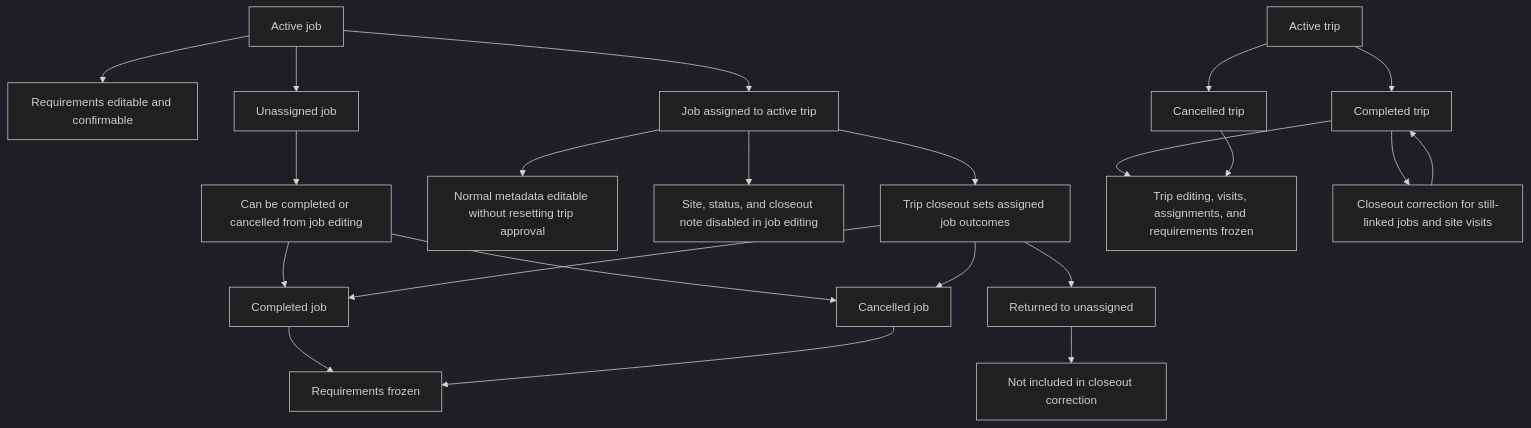
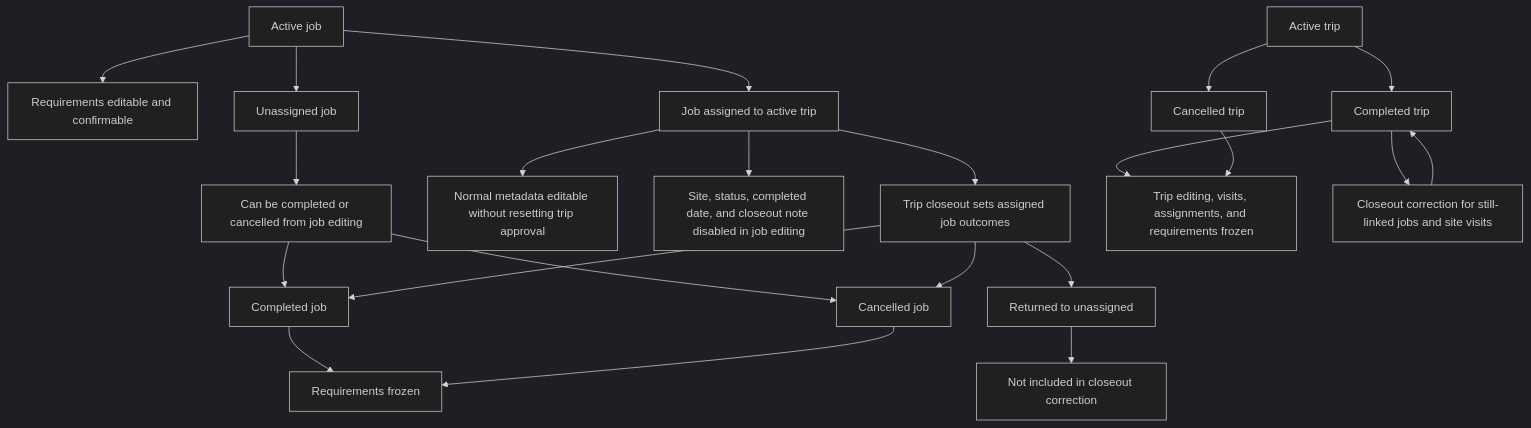
Before and after one commit to reuben-harris/AccessAtlas: the diagram in docs/workflow-policy.md, drawn with Mermaid (dark theme). The commit also changed other lines of this file and 11 other files, not shown here.

Commit message:
feat(jobs): allow assigned job metadata edits

````diff
--- a/docs/workflow-policy.md
+++ b/docs/workflow-policy.md
@@ -5,28 +5,28 @@
 ```mermaid
 flowchart TD
     ActiveJob["Active job"] --> RequirementsEditable["Requirements editable and confirmable"]
     ActiveJob --> UnassignedJob["Unassigned job"]
     ActiveJob --> AssignedJob["Job assigned to active trip"]
 
     UnassignedJob --> DirectOutcome["Can be completed or cancelled from job editing"]
     AssignedJob --> MetadataEditable["Normal metadata editable without resetting trip approval"]
-    AssignedJob --> OutcomeFieldsLocked["Site, status, and closeout note disabled in job editing"]
+    AssignedJob --> OutcomeFieldsLocked["Site, status, completed date, and closeout note disabled in job editing"]
     AssignedJob --> TripCloseout["Trip closeout sets assigned job outcomes"]
 
     DirectOutcome --> CompletedJob["Completed job"]
     DirectOutcome --> CancelledJob["Cancelled job"]
     TripCloseout --> CompletedJob
     TripCloseout --> CancelledJob
     TripCloseout --> ReturnedJob["Returned to unassigned"]
 
     CompletedJob --> RequirementsFrozen["Requirements frozen"]
     CancelledJob --> RequirementsFrozen
 
     ActiveTrip["Active trip"] --> CompletedTrip["Completed trip"]
     ActiveTrip --> CancelledTrip["Cancelled trip"]
     CompletedTrip --> TripFrozen["Trip editing, visits, assignments, and requirements frozen"]
     CancelledTrip --> TripFrozen
     CompletedTrip --> CloseoutCorrection["Closeout correction for still-linked jobs and site visits"]
     CloseoutCorrection --> CompletedTrip
     ReturnedJob --> CorrectionLimitation["Not included in closeout correction"]
 ```
````
